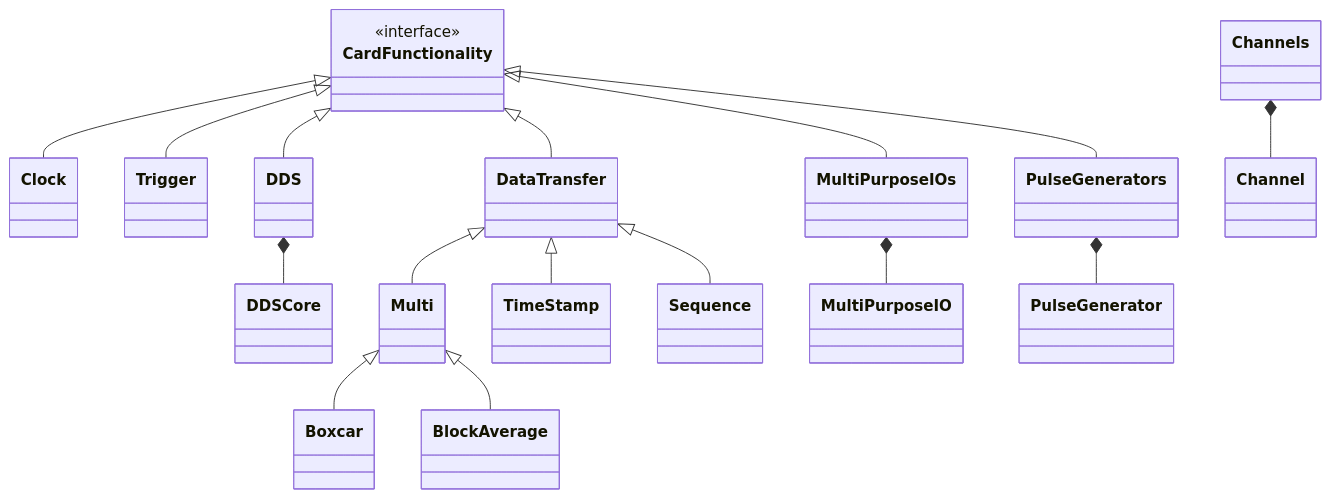
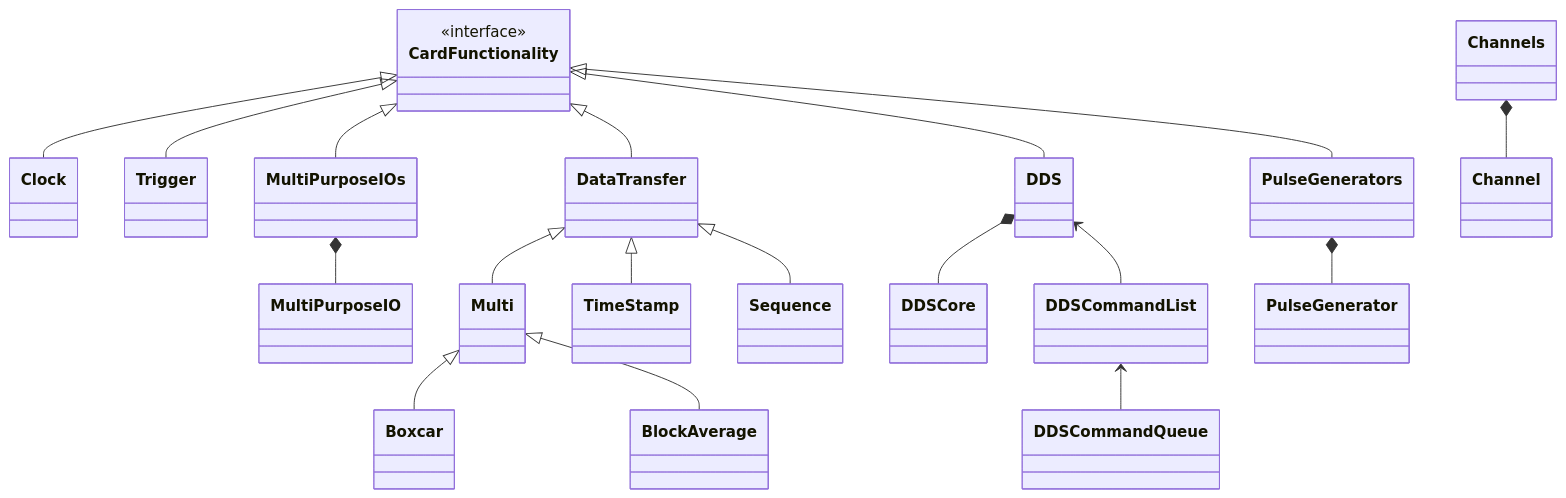
Before and after one commit to SpectrumInstrumentation/spcm: the second of 4 diagrams in src/spcm/README.md, drawn with Mermaid. The commit also changed other lines of this file and 6 other files, not shown here.

Commit message:
Added DDS Command List and Queue

````diff
--- a/src/spcm/README.md
+++ b/src/spcm/README.md
@@ -64,34 +66,38 @@
 ```mermaid
 
 classDiagram
   class CardFunctionality
   <<interface>> CardFunctionality
   class Channels
   class Clock
   class Trigger
   class MultiPurposeIOs
   class DataTransfer
   class DDS
   class DDSCore
+  class DDSCommandList
+  class DDSCommandQueue
   class PulseGenerators
   class Multi
   class TimeStamp
   class Sequence
   class Boxcar
   class BlockAverage
   CardFunctionality <|-- Clock
   CardFunctionality <|-- Trigger
   CardFunctionality <|-- MultiPurposeIOs
   CardFunctionality <|-- DataTransfer
   CardFunctionality <|-- DDS
   CardFunctionality <|-- PulseGenerators
   DataTransfer <|-- Multi
   DataTransfer <|-- TimeStamp
   DataTransfer <|-- Sequence
   Multi <|-- Boxcar
   Multi <|-- BlockAverage
   Channels *-- Channel
   MultiPurposeIOs *-- MultiPurposeIO
   PulseGenerators *-- PulseGenerator
   DDS *-- DDSCore
+  DDS <-- DDSCommandList
+  DDSCommandList <-- DDSCommandQueue
 ```
````
